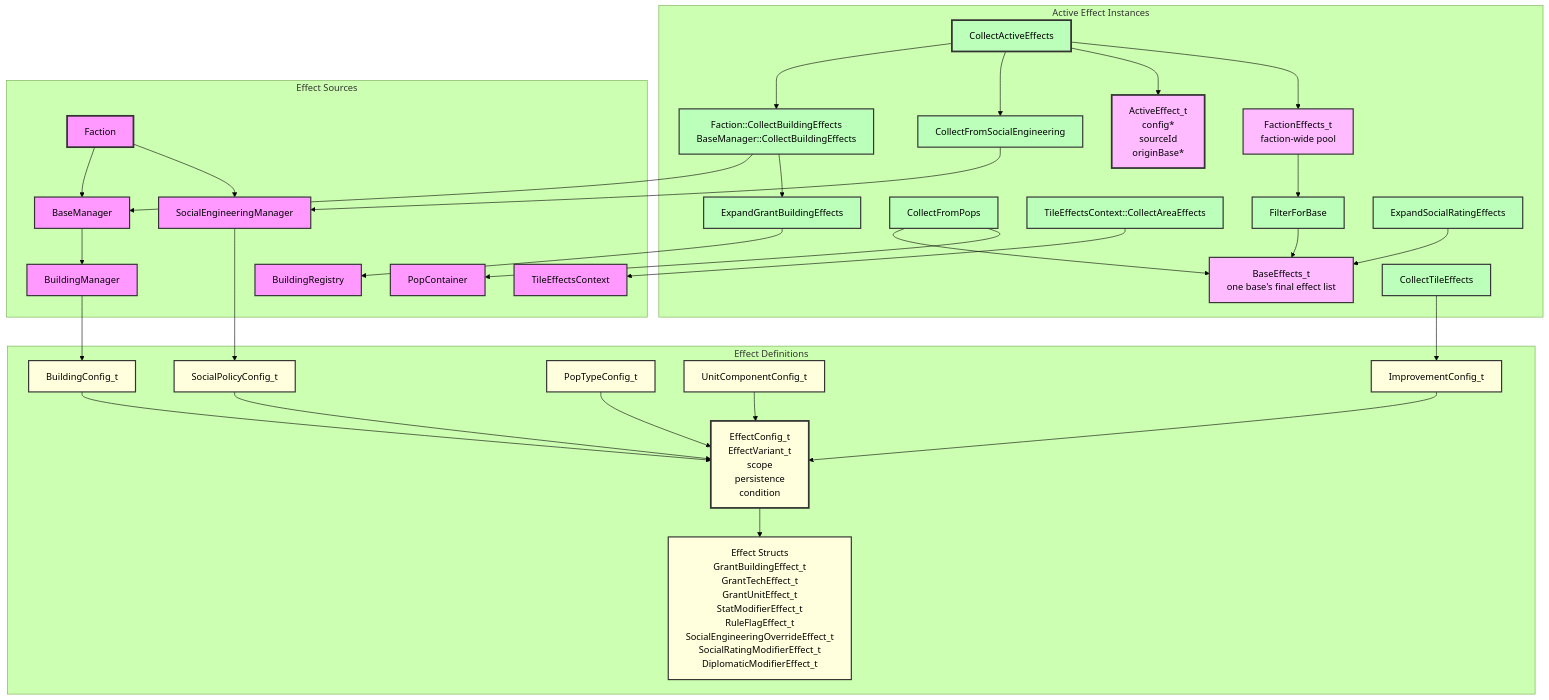
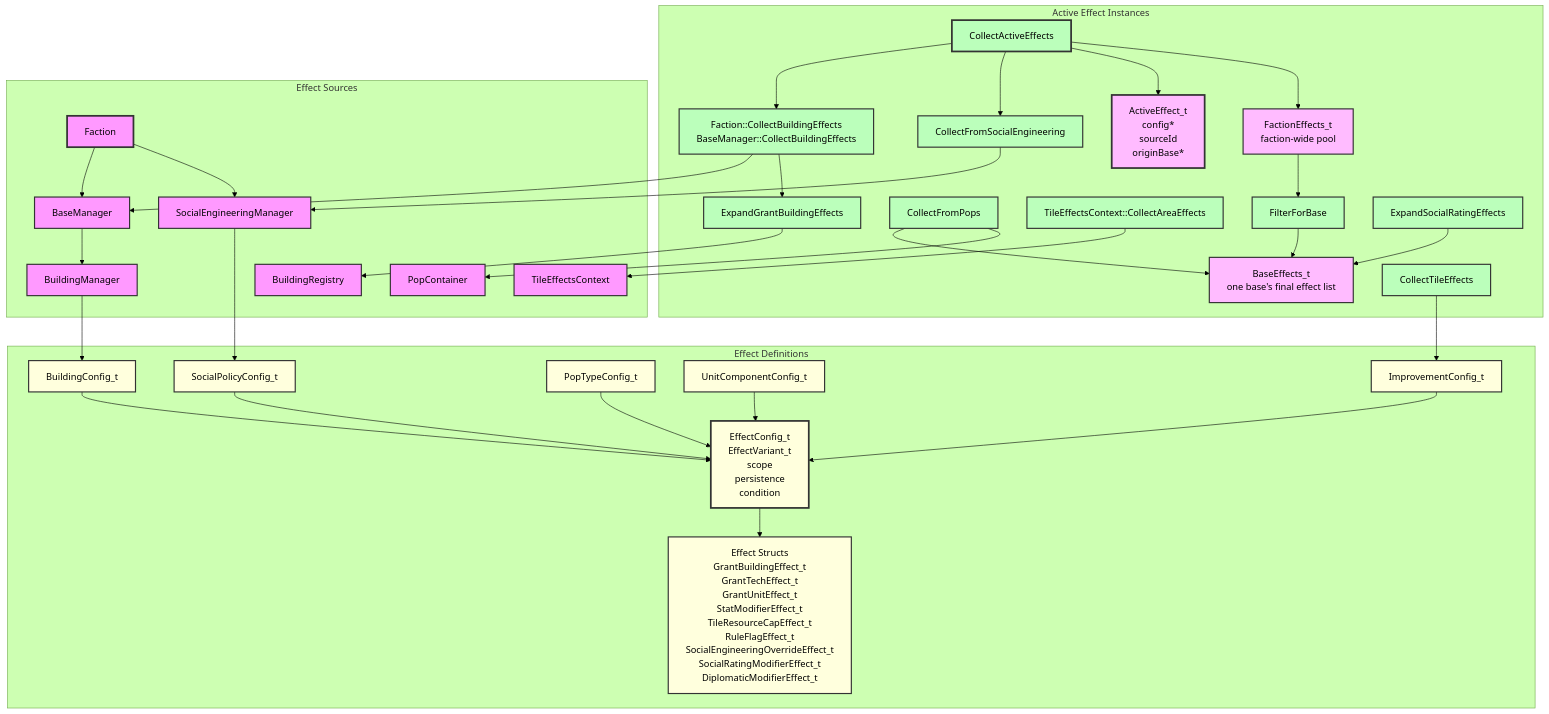
Before and after one commit to kilianloftis/alpha-centauri: the diagram in docs/architecture/effects-system.md, drawn with Mermaid (forest theme). The commit also changed other lines of this file and 37 other files, not shown here.

```diff
--- a/docs/architecture/effects-system.md
+++ b/docs/architecture/effects-system.md
@@ -9,7 +9,7 @@
         UnitComponentConfig[UnitComponentConfig_t]
         SocialPolicyConfig_t[SocialPolicyConfig_t]
         EffectConfig[EffectConfig_t<br/>EffectVariant_t<br/>scope<br/>persistence<br/>condition]
-        EffectStructs[Effect Structs<br/>GrantBuildingEffect_t<br/>GrantTechEffect_t<br/>GrantUnitEffect_t<br/>StatModifierEffect_t<br/>RuleFlagEffect_t<br/>SocialEngineeringOverrideEffect_t<br/>SocialRatingModifierEffect_t<br/>DiplomaticModifierEffect_t]
+        EffectStructs[Effect Structs<br/>GrantBuildingEffect_t<br/>GrantTechEffect_t<br/>GrantUnitEffect_t<br/>StatModifierEffect_t<br/>TileResourceCapEffect_t<br/>RuleFlagEffect_t<br/>SocialEngineeringOverrideEffect_t<br/>SocialRatingModifierEffect_t<br/>DiplomaticModifierEffect_t]
     end
 
     subgraph "Active Effect Instances"
```
